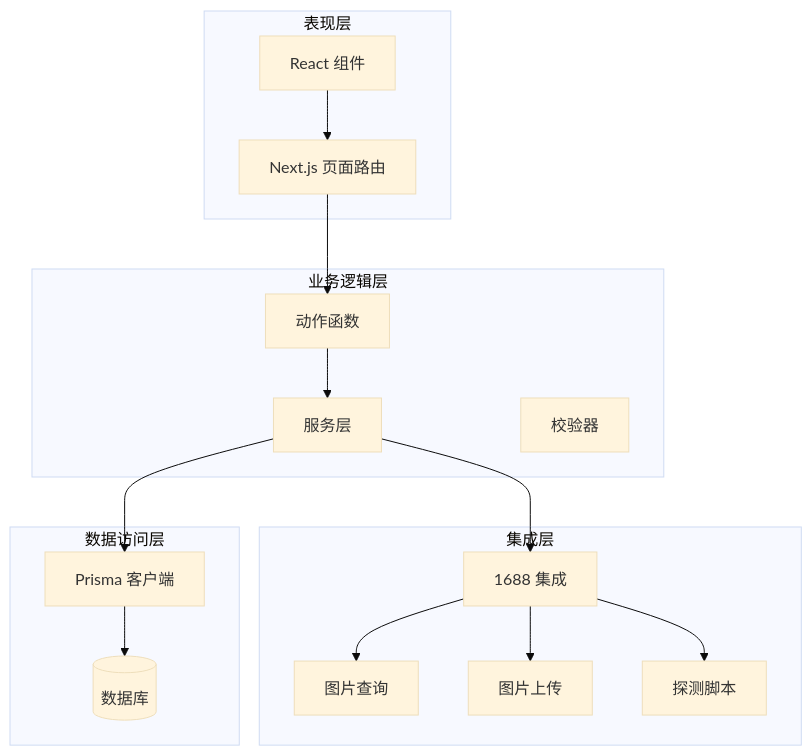
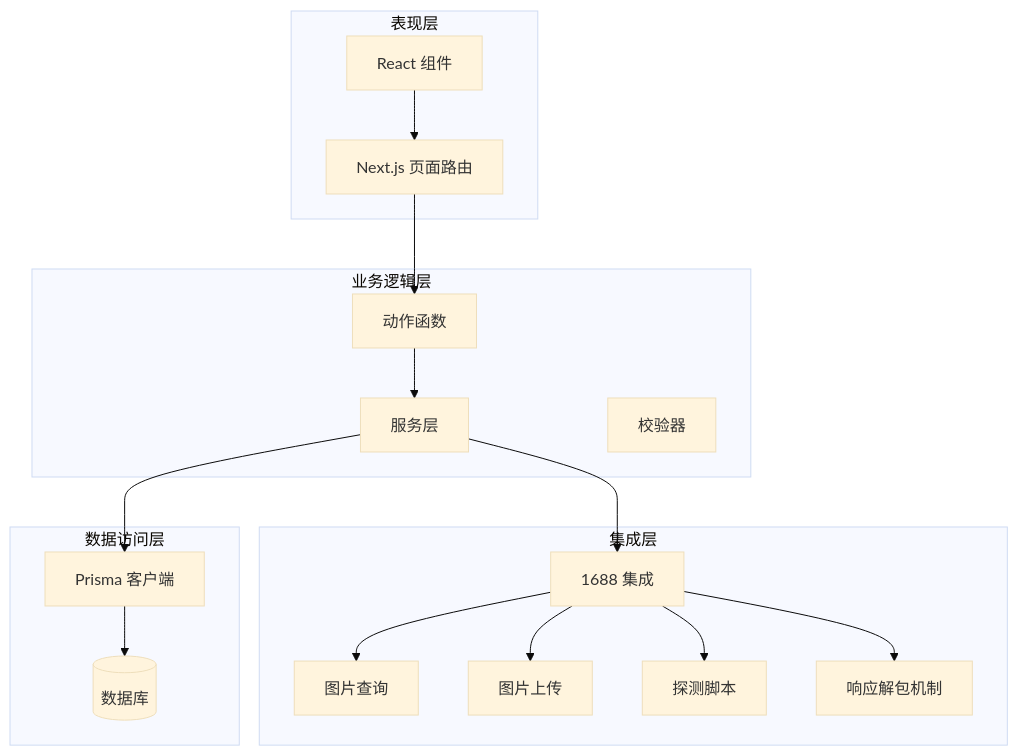
One commit to three3638-arch/celestia_2b changed the second of 10 diagrams in .qoder/repowiki/zh/content/管理后台系统/1688集成系统.md. Above: the diagram before and after it, drawn with Mermaid (base theme). The commit also changed other lines of this file and 9 other files, not shown here.

````diff
--- a/.qoder/repowiki/zh/content/管理后台系统/1688集成系统.md
+++ b/.qoder/repowiki/zh/content/管理后台系统/1688集成系统.md
@@ -115,31 +119,33 @@
 ```mermaid
 graph TB
 subgraph "表现层"
 UI[React 组件]
 Pages[Next.js 页面路由]
 end
 subgraph "业务逻辑层"
 Actions[动作函数]
 Services[服务层]
 Validators[校验器]
 end
 subgraph "集成层"
 Ali1688[1688 集成]
 ImageQuery[图片查询]
 ImageUpload[图片上传]
 ProbeScript[探测脚本]
+ResponseUnwrapper[响应解包机制]
 end
 subgraph "数据访问层"
 Prisma[Prisma 客户端]
 DB[(数据库)]
 end
 UI --> Pages
 Pages --> Actions
 Actions --> Services
 Services --> Ali1688
 Ali1688 --> ImageQuery
 Ali1688 --> ImageUpload
 Ali1688 --> ProbeScript
+Ali1688 --> ResponseUnwrapper
 Services --> Prisma
 Prisma --> DB
 ```
````
